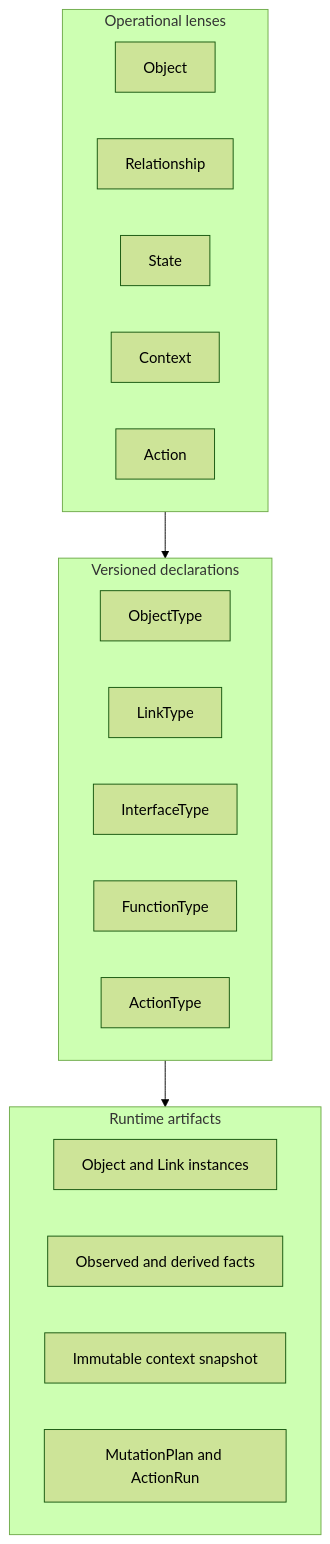
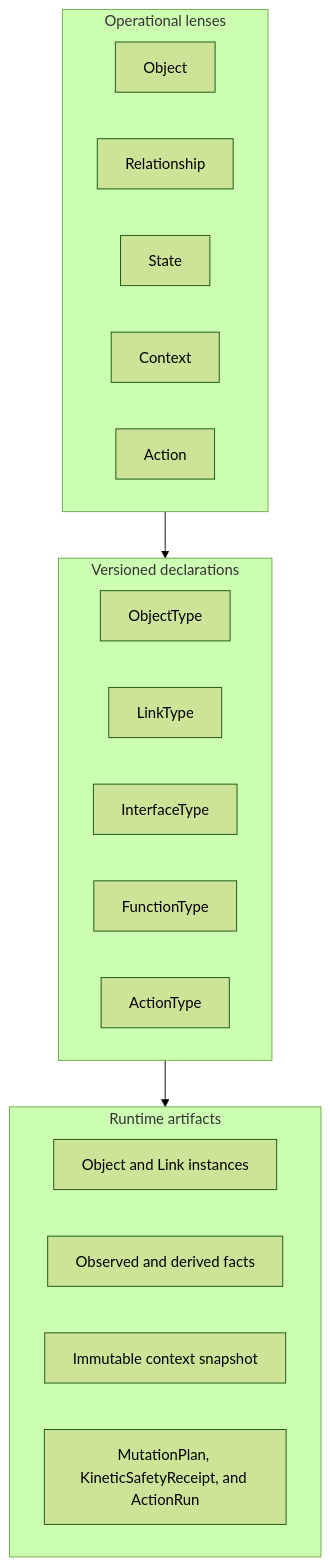
One commit to dotnetpower/fdai changed the first of 2 diagrams in docs/roadmap/architecture/operating-ontology-metamodel-ko.md. Above: the diagram before and after it, drawn with Mermaid (forest theme). The commit also changed other lines of this file and 7 other files, not shown here.

````diff
--- a/docs/roadmap/architecture/operating-ontology-metamodel-ko.md
+++ b/docs/roadmap/architecture/operating-ontology-metamodel-ko.md
@@ -23,28 +23,28 @@
 ```mermaid
 flowchart TB
  subgraph L[Operational lenses]
   O[Object]
   R[Relationship]
   S[State]
   C[Context]
   A[Action]
  end
 
  subgraph D[Versioned declarations]
   OT[ObjectType]
   LT[LinkType]
   IT[InterfaceType]
   FT[FunctionType]
   AT[ActionType]
  end
 
  subgraph X[Runtime artifacts]
   OI[Object and Link instances]
   SF[Observed and derived facts]
   CS[Immutable context snapshot]
-  MP[MutationPlan and ActionRun]
+    MP[MutationPlan, KineticSafetyReceipt, and ActionRun]
  end
 
  L --> D
  D --> X
 ```
````
